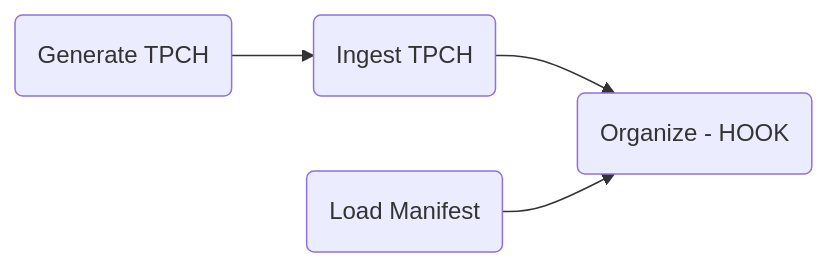
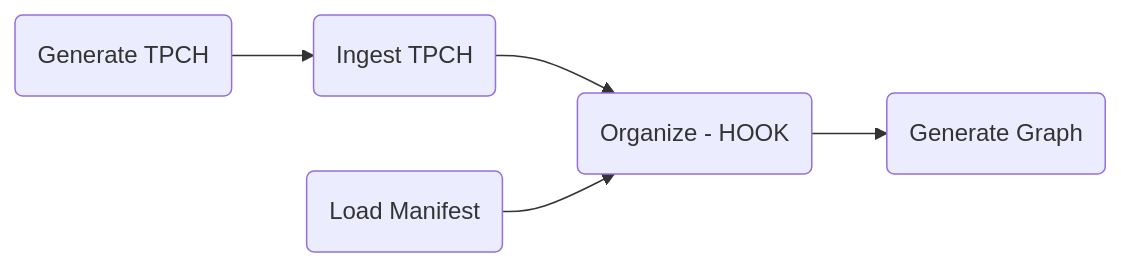
One commit to mattiasthalen/fabric_blueprint_modelling changed the first of 2 diagrams in README.md. Above: the diagram before and after it, drawn with Mermaid. The commit also changed other lines of this file and 1 other file, not shown here.

Commit message:
Add graph generation

````diff
--- a/README.md
+++ b/README.md
@@ -13,10 +13,11 @@
 ```mermaid
 flowchart LR
     generate@{label: "Generate TPCH", shape: rounded}
     ingest@{label: "Ingest TPCH", shape: rounded}
     manifest@{label: "Load Manifest", shape: rounded}
     organize@{label: "Organize - HOOK", shape: rounded}
+    pgraph@{label: "Generate Graph", shape: rounded}
 
     generate --> ingest
-    ingest & manifest --> organize
+    ingest & manifest --> organize --> pgraph
 ```
````
